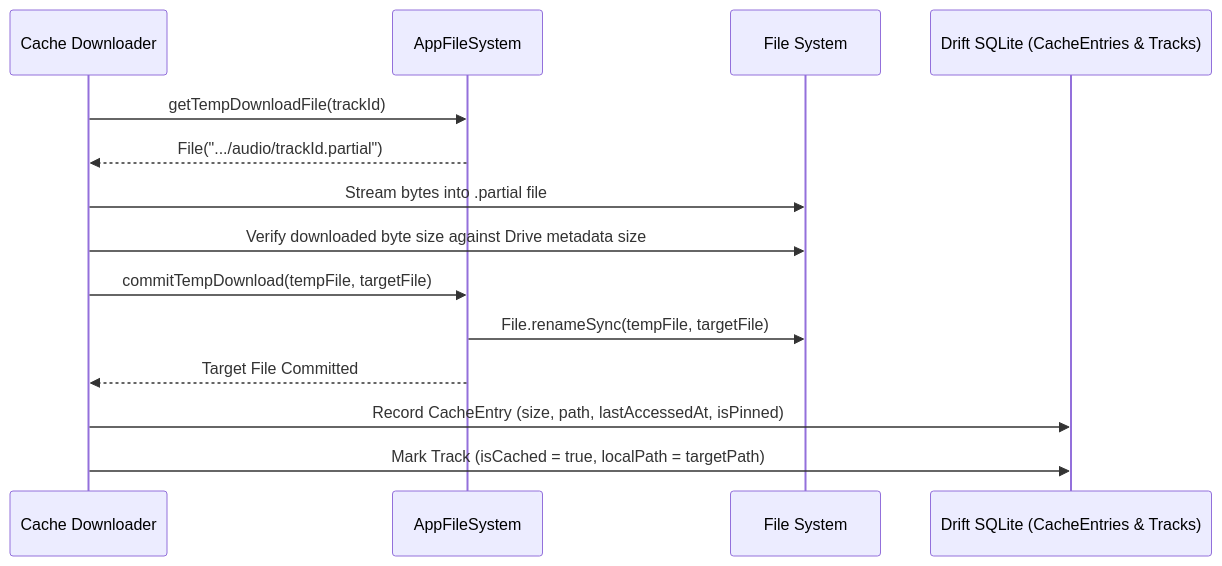
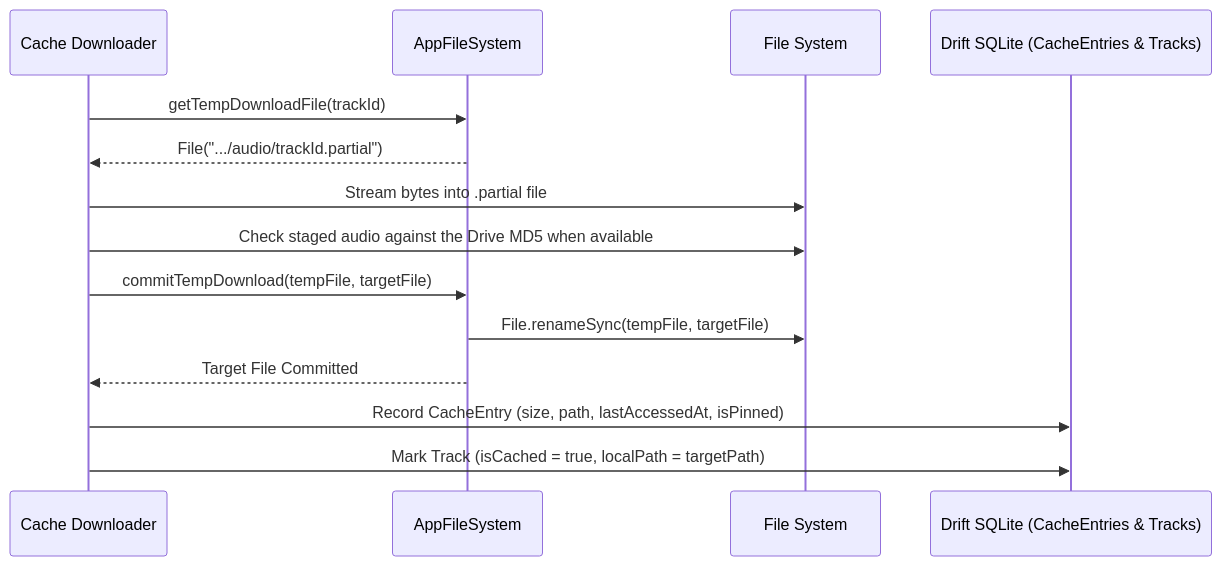
Before and after one commit to blackpirateapps/musii: the diagram in docs/caching.md, drawn with Mermaid. The commit also changed 5 other files, not shown here.

Commit message:
fix(cache): verify downloaded audio checksums (LIB-04)

````diff
--- a/docs/caching.md
+++ b/docs/caching.md
@@ -30,17 +30,17 @@
 ```mermaid
 sequenceDiagram
     participant Worker as Cache Downloader
     participant FS as AppFileSystem
     participant Disk as File System
     participant DB as Drift SQLite (CacheEntries & Tracks)
 
     Worker->>FS: getTempDownloadFile(trackId)
     FS-->>Worker: File(".../audio/trackId.partial")
     Worker->>Disk: Stream bytes into .partial file
-    Worker->>Disk: Verify downloaded byte size against Drive metadata size
+    Worker->>Disk: Check staged audio against the Drive MD5 when available
     Worker->>FS: commitTempDownload(tempFile, targetFile)
     FS->>Disk: File.renameSync(tempFile, targetFile)
     FS-->>Worker: Target File Committed
     Worker->>DB: Record CacheEntry (size, path, lastAccessedAt, isPinned)
     Worker->>DB: Mark Track (isCached = true, localPath = targetPath)
 ```
````
